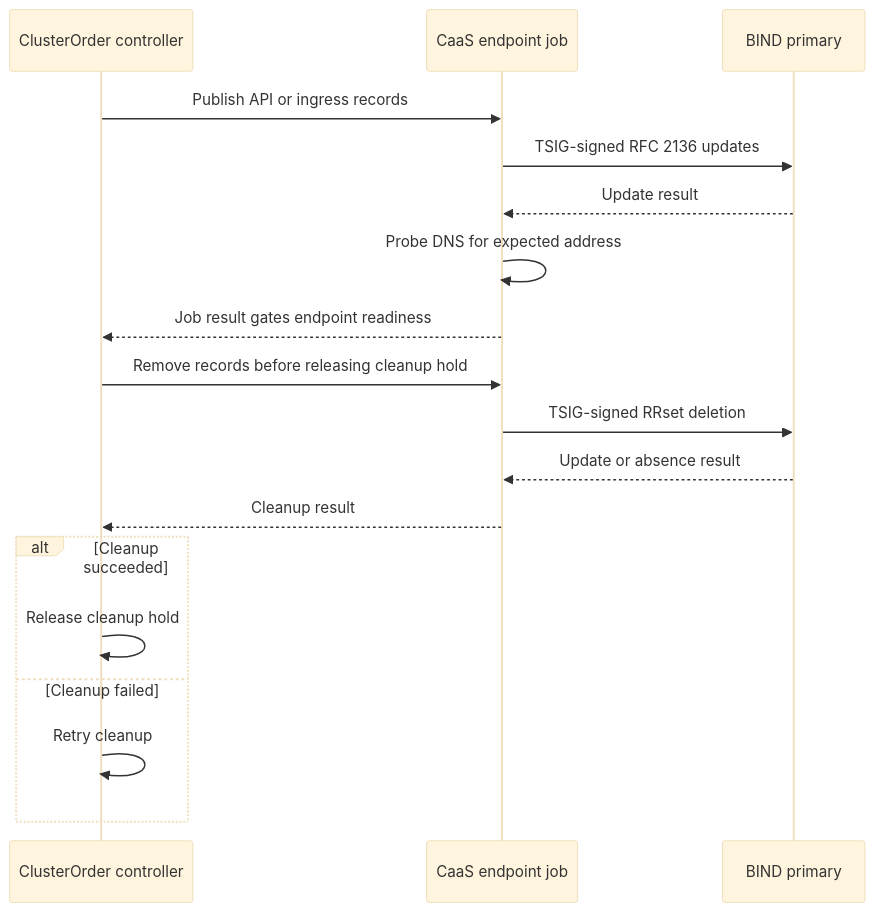
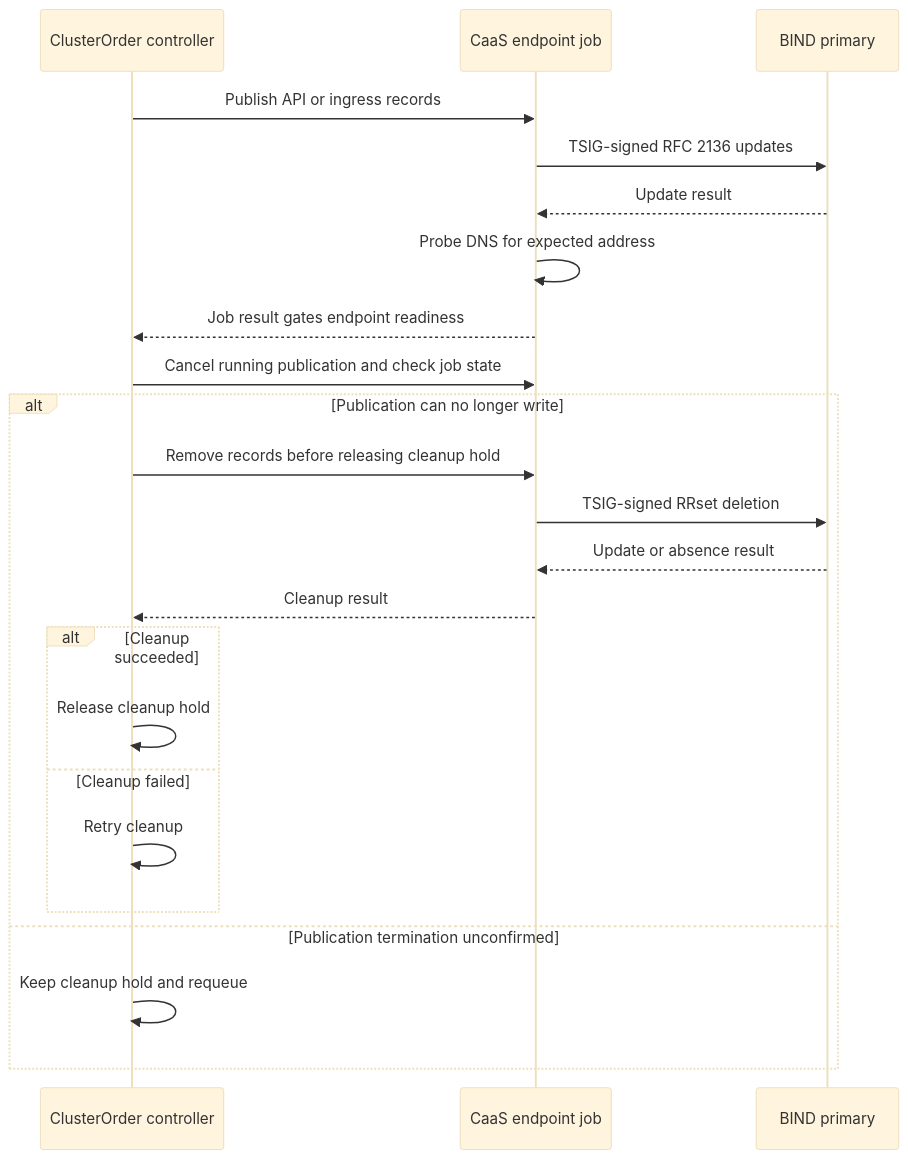
The diagram in enhancements/OSAC-2281-local-dns-backend-bind/design.md (osac-project/enhancement-proposals), drawn with Mermaid (base theme) before and after one commit. The commit also changed other lines of this file and 1 other file, not shown here.

Commit message:
OSAC-2281: Gate DNS cleanup on confirmed publication stop

````diff
--- a/enhancements/OSAC-2281-local-dns-backend-bind/design.md
+++ b/enhancements/OSAC-2281-local-dns-backend-bind/design.md
@@ -91,20 +98,25 @@
 ```mermaid
 sequenceDiagram
     participant CO as ClusterOrder controller
     participant AAP as CaaS endpoint job
     participant DNS as BIND primary
     CO->>AAP: Publish API or ingress records
     AAP->>DNS: TSIG-signed RFC 2136 updates
     DNS-->>AAP: Update result
     AAP->>AAP: Probe DNS for expected address
     AAP-->>CO: Job result gates endpoint readiness
-    CO->>AAP: Remove records before releasing cleanup hold
-    AAP->>DNS: TSIG-signed RRset deletion
-    DNS-->>AAP: Update or absence result
-    AAP-->>CO: Cleanup result
-    alt Cleanup succeeded
-        CO->>CO: Release cleanup hold
-    else Cleanup failed
-        CO->>CO: Retry cleanup
+    CO->>AAP: Cancel running publication and check job state
+    alt Publication can no longer write
+        CO->>AAP: Remove records before releasing cleanup hold
+        AAP->>DNS: TSIG-signed RRset deletion
+        DNS-->>AAP: Update or absence result
+        AAP-->>CO: Cleanup result
+        alt Cleanup succeeded
+            CO->>CO: Release cleanup hold
+        else Cleanup failed
+            CO->>CO: Retry cleanup
+        end
+    else Publication termination unconfirmed
+        CO->>CO: Keep cleanup hold and requeue
     end
 ```
````
